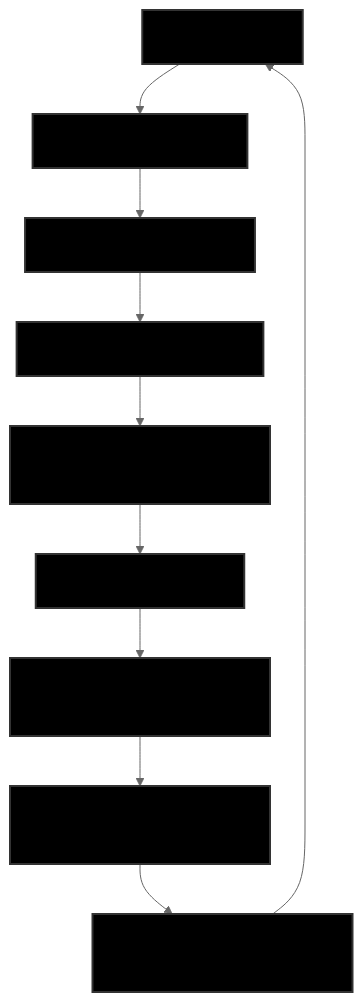
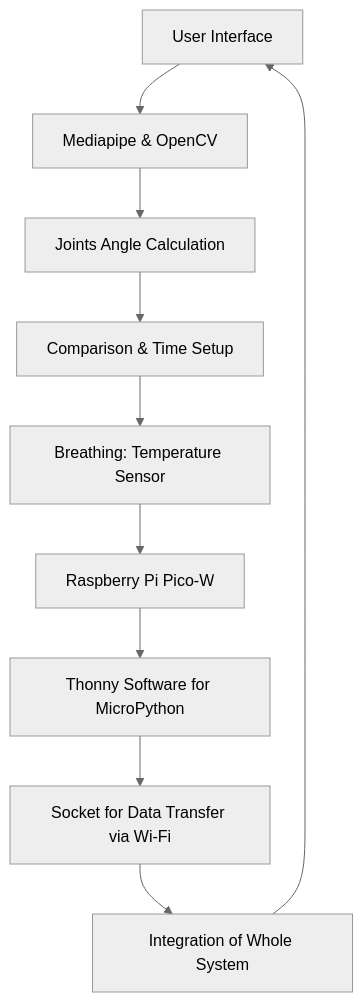
One commit to simplyrin2/DigitalYogaMaster changed the diagram in README.md. Above: the diagram before and after it, drawn with Mermaid (neutral theme).

````diff
--- a/README.md
+++ b/README.md
@@ -55,16 +55,16 @@
 ```mermaid
 graph TD
     A[User Interface] --> B[Mediapipe & OpenCV]
     B --> C[Joints Angle Calculation]
     C --> D[Comparison & Time Setup]
     D --> E[Breathing: Temperature Sensor]
     E --> F[Raspberry Pi Pico-W]
     F --> G[Thonny Software for MicroPython]
     G --> H[Socket for Data Transfer via Wi-Fi]
     H --> I[Integration of Whole System]
     I --> A
 
     %% Set text color to white
-    classDef whiteText fill:#000,stroke:#333,stroke-width:2px
-    class A,B,C,D,E,F,G,H,I whiteText
+    classDef whiteText fill:#ffff,stroke:#555,stroke-width:2px
+    class A,B,C,D,E,F,G,H,I blackText
 ```
````
